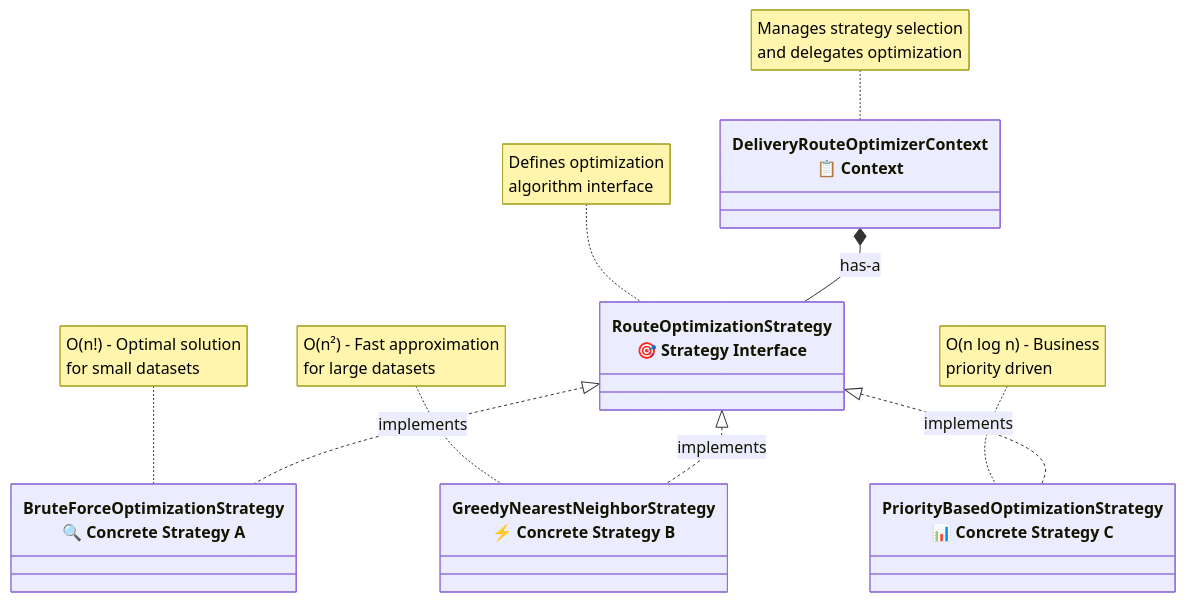
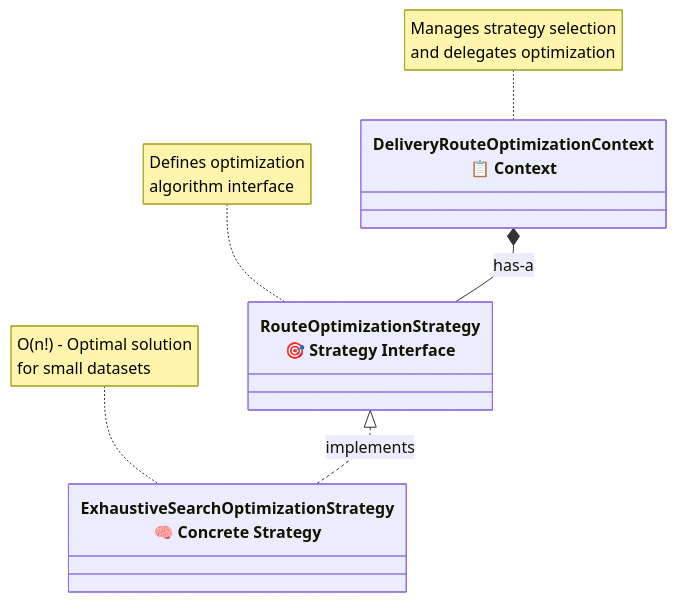
Before and after one commit to Sudharshan45/delivery-route-optimizer: the second of 5 diagrams in CLASS_DIAGRAM.md, drawn with Mermaid. The commit also changed other lines of this file and 8 other files, not shown here.

Commit message:
Update documentation and diagrams to match current codebase

````diff
--- a/CLASS_DIAGRAM.md
+++ b/CLASS_DIAGRAM.md
@@ -270,19 +232,13 @@
 ```mermaid
 classDiagram
-    class Context["DeliveryRouteOptimizerContext<br/>📋 Context"]
+    class Context["DeliveryRouteOptimizationContext<br/>📋 Context"]
     class Strategy["RouteOptimizationStrategy<br/>🎯 Strategy Interface"]
-    class ConcreteStrategy1["BruteForceOptimizationStrategy<br/>🔍 Concrete Strategy A"]
-    class ConcreteStrategy2["GreedyNearestNeighborStrategy<br/>⚡ Concrete Strategy B"]
-    class ConcreteStrategy3["PriorityBasedOptimizationStrategy<br/>📊 Concrete Strategy C"]
-    
+    class ConcreteStrategy["ExhaustiveSearchOptimizationStrategy<br/>🧠 Concrete Strategy"]
+
     Context *-- Strategy : has-a
-    Strategy <|.. ConcreteStrategy1 : implements
-    Strategy <|.. ConcreteStrategy2 : implements  
-    Strategy <|.. ConcreteStrategy3 : implements
-    
+    Strategy <|.. ConcreteStrategy : implements
+
     note for Context "Manages strategy selection<br/>and delegates optimization"
     note for Strategy "Defines optimization<br/>algorithm interface"
-    note for ConcreteStrategy1 "O(n!) - Optimal solution<br/>for small datasets"
-    note for ConcreteStrategy2 "O(n²) - Fast approximation<br/>for large datasets"
-    note for ConcreteStrategy3 "O(n log n) - Business<br/>priority driven"
+    note for ConcreteStrategy "O(n!) - Optimal solution<br/>for small datasets"
 ```
````
